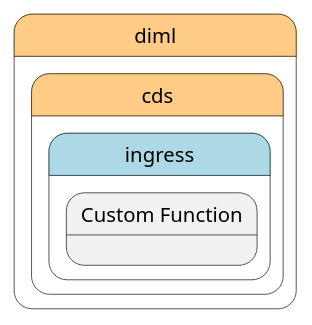
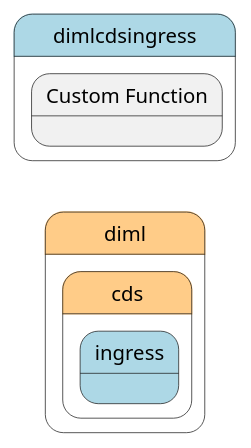
One commit to madajaju/edgemere changed the diagram in docs/edgemere/diml/cds/ingress/process.puml. Above: the diagram before and after it, drawn with PlantUML. The commit also changed 775 other files, not shown here.

```diff
--- a/docs/edgemere/diml/cds/ingress/process.puml
+++ b/docs/edgemere/diml/cds/ingress/process.puml
@@ -1,22 +1,22 @@
 @startuml
 left to right direction
 
 
 state "diml" as diml #ffcc88 {
 state "cds" as dimlcds #ffcc88 {
 state "ingress" as dimlcdsingress #lightblue {
 }
 }
 }
 
 
-state dimlcdsingress #lightblue {
+state "dimlcdsingress" as pstatename #lightblue {
     state "Custom Function" as ingressfunction {
     }
 }
 
 
 
 
 
 @enduml
```
